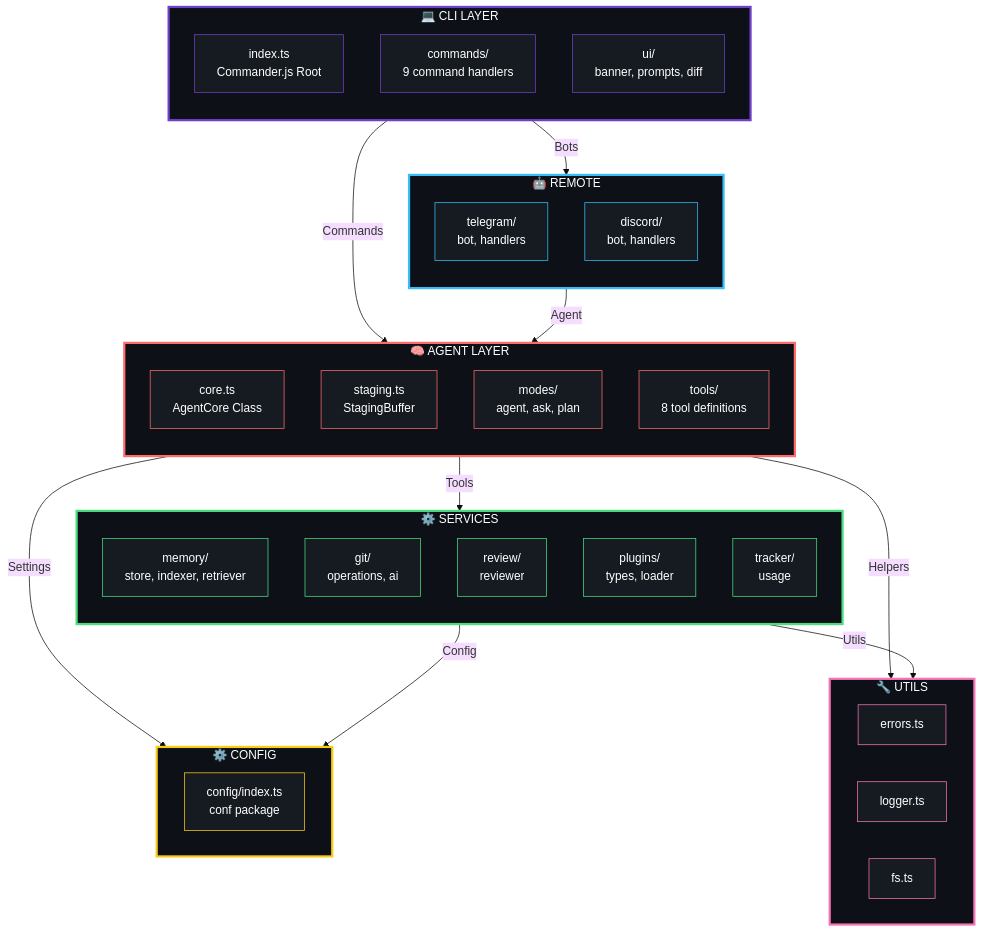
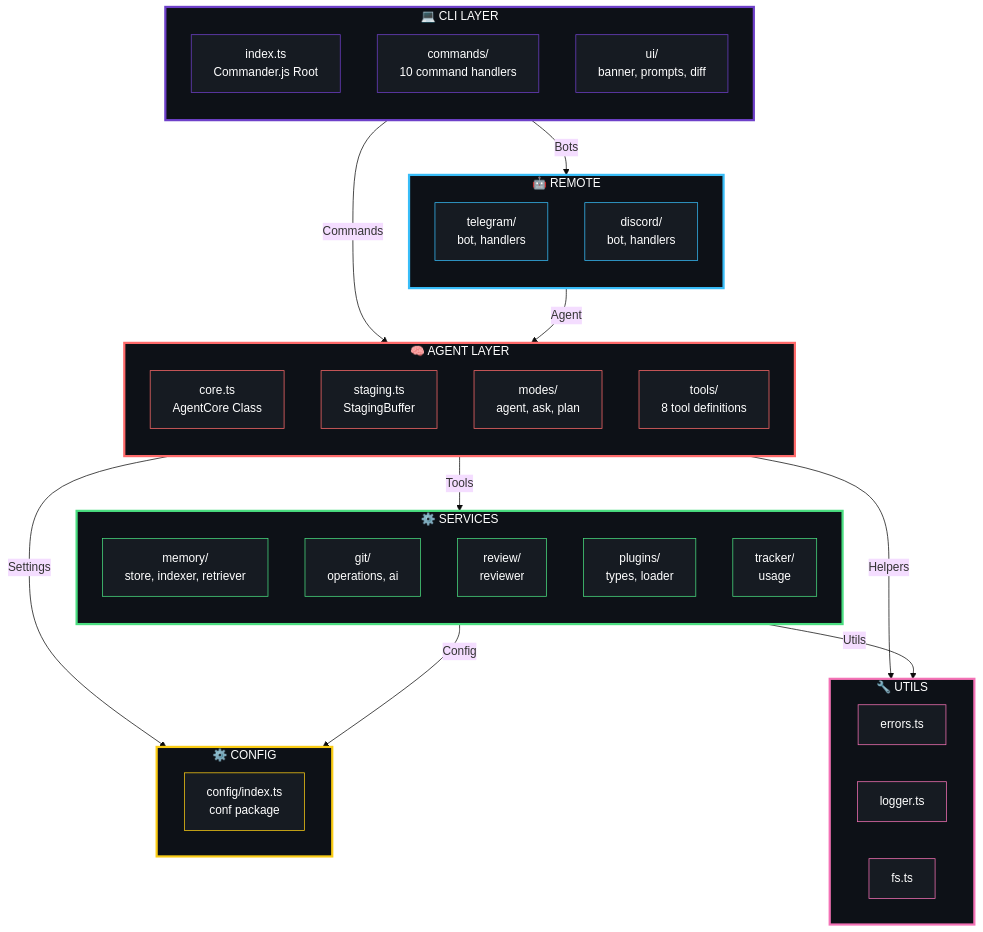
One commit to soumyachk101/HelloClaw changed the sixth of 8 diagrams in README.md. Above: the diagram before and after it, drawn with Mermaid (base theme). The commit also changed other lines of this file and 5 other files, not shown here.

````diff
--- a/README.md
+++ b/README.md
@@ -482,77 +496,77 @@
 ```mermaid
 graph TB
     subgraph CLI["💻 CLI LAYER"]
         direction TB
         CLI1["index.ts\nCommander.js Root"]
-        CLI2["commands/\n9 command handlers"]
+        CLI2["commands/\n10 command handlers"]
         CLI3["ui/\nbanner, prompts, diff"]
     end
 
     subgraph Agent["🧠 AGENT LAYER"]
         direction TB
         A1["core.ts\nAgentCore Class"]
         A2["staging.ts\nStagingBuffer"]
         A3["modes/\nagent, ask, plan"]
         A4["tools/\n8 tool definitions"]
     end
 
     subgraph Services["⚙️ SERVICES"]
         direction TB
         S1["memory/\nstore, indexer, retriever"]
         S2["git/\noperations, ai"]
         S3["review/\nreviewer"]
         S4["plugins/\ntypes, loader"]
         S5["tracker/\nusage"]
     end
 
     subgraph Remote["🤖 REMOTE"]
         direction TB
         R1["telegram/\nbot, handlers"]
         R2["discord/\nbot, handlers"]
     end
 
     subgraph Config["⚙️ CONFIG"]
         C1["config/index.ts\nconf package"]
     end
 
     subgraph Utils["🔧 UTILS"]
         direction LR
         U1["errors.ts"]
         U2["logger.ts"]
         U3["fs.ts"]
     end
 
     CLI -->|"Commands"| Agent
     Agent -->|"Tools"| Services
     CLI -->|"Bots"| Remote
     Agent -->|"Settings"| Config
     Agent -->|"Helpers"| Utils
     Services -->|"Config"| Config
     Services -->|"Utils"| Utils
     Remote -->|"Agent"| Agent
 
     style CLI fill:#0d1117,stroke:#6e40c9,stroke-width:3px,color:#fff
     style Agent fill:#0d1117,stroke:#ff6b6b,stroke-width:3px,color:#fff
     style Services fill:#0d1117,stroke:#4ade80,stroke-width:3px,color:#fff
     style Remote fill:#0d1117,stroke:#38bdf8,stroke-width:3px,color:#fff
     style Config fill:#0d1117,stroke:#facc15,stroke-width:3px,color:#fff
     style Utils fill:#0d1117,stroke:#f472b6,stroke-width:3px,color:#fff
     style CLI1 fill:#161b22,stroke:#6e40c9,color:#fff
     style CLI2 fill:#161b22,stroke:#6e40c9,color:#fff
     style CLI3 fill:#161b22,stroke:#6e40c9,color:#fff
     style A1 fill:#161b22,stroke:#ff6b6b,color:#fff
     style A2 fill:#161b22,stroke:#ff6b6b,color:#fff
     style A3 fill:#161b22,stroke:#ff6b6b,color:#fff
     style A4 fill:#161b22,stroke:#ff6b6b,color:#fff
     style S1 fill:#161b22,stroke:#4ade80,color:#fff
     style S2 fill:#161b22,stroke:#4ade80,color:#fff
     style S3 fill:#161b22,stroke:#4ade80,color:#fff
     style S4 fill:#161b22,stroke:#4ade80,color:#fff
     style S5 fill:#161b22,stroke:#4ade80,color:#fff
     style R1 fill:#161b22,stroke:#38bdf8,color:#fff
     style R2 fill:#161b22,stroke:#38bdf8,color:#fff
     style C1 fill:#161b22,stroke:#facc15,color:#fff
     style U1 fill:#161b22,stroke:#f472b6,color:#fff
     style U2 fill:#161b22,stroke:#f472b6,color:#fff
     style U3 fill:#161b22,stroke:#f472b6,color:#fff
 ```
````
